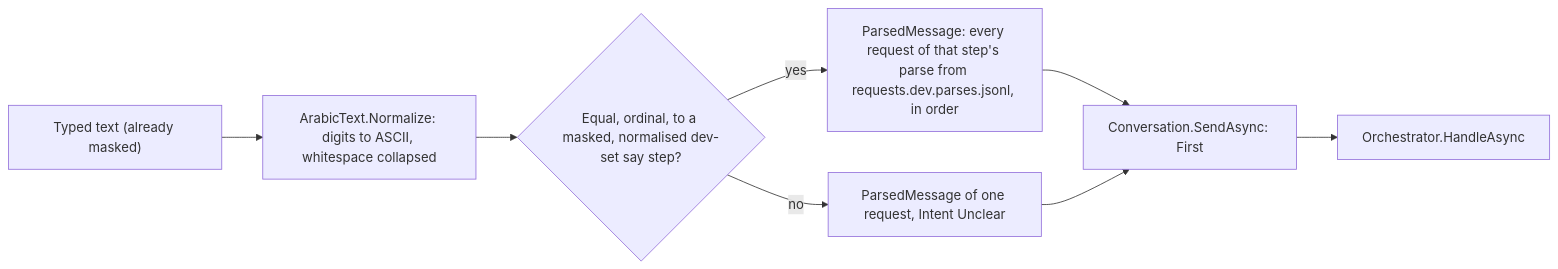
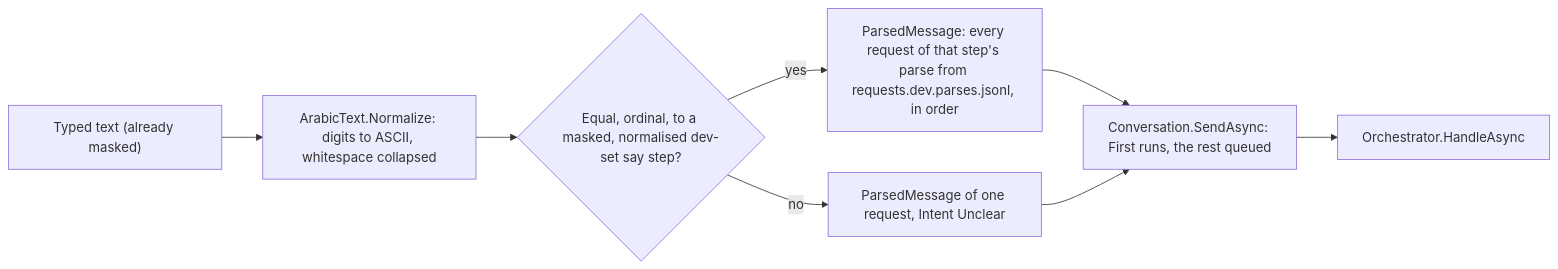
The first of 22 diagrams in docs/agent-core.md (Khalil-Alhadidi/Naqoli), drawn with Mermaid before and after one commit. The commit also changed other lines of this file and 4 other files, not shown here.

````diff
--- a/docs/agent-core.md
+++ b/docs/agent-core.md
@@ -81,10 +81,10 @@
 ```mermaid
 flowchart LR
     typed["Typed text (already masked)"] --> norm["ArabicText.Normalize: digits to ASCII, whitespace collapsed"]
     norm --> lookup{"Equal, ordinal, to a masked, normalised dev-set say step?"}
     lookup -- yes --> req["ParsedMessage: every request of that step's parse from requests.dev.parses.jsonl, in order"]
     lookup -- no --> unclear["ParsedMessage of one request, Intent Unclear"]
-    req --> conv["Conversation.SendAsync: First"]
+    req --> conv["Conversation.SendAsync: First runs, the rest queued"]
     unclear --> conv
     conv --> orch["Orchestrator.HandleAsync"]
 ```
````
